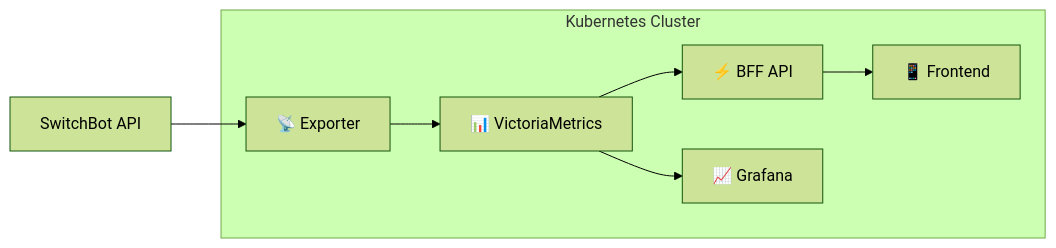
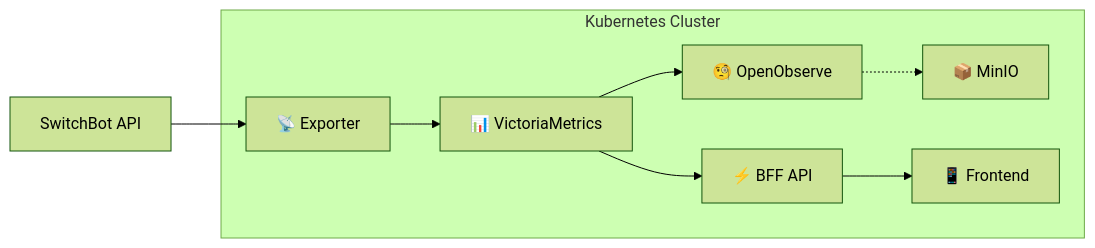
The diagram in k8s/README.md (AobaIwaki123/smart_home), drawn with Mermaid (forest theme) before and after one commit. The commit also changed other lines of this file and 2 other files, not shown here.

````diff
--- a/k8s/README.md
+++ b/k8s/README.md
@@ -7,16 +7,18 @@
 ```mermaid
 graph LR
     A[SwitchBot API] --> B[📡 Exporter]
     B --> C[📊 VictoriaMetrics]
     C --> D[⚡ BFF API]
-    C --> E[📈 Grafana]
+    C --> E[🧐 OpenObserve]
+    E -.-> G[📦 MinIO]
     D --> F[📱 Frontend]
     
     subgraph "Kubernetes Cluster"
         B
         C  
         D
         E
         F
+        G
     end
 ```
````
